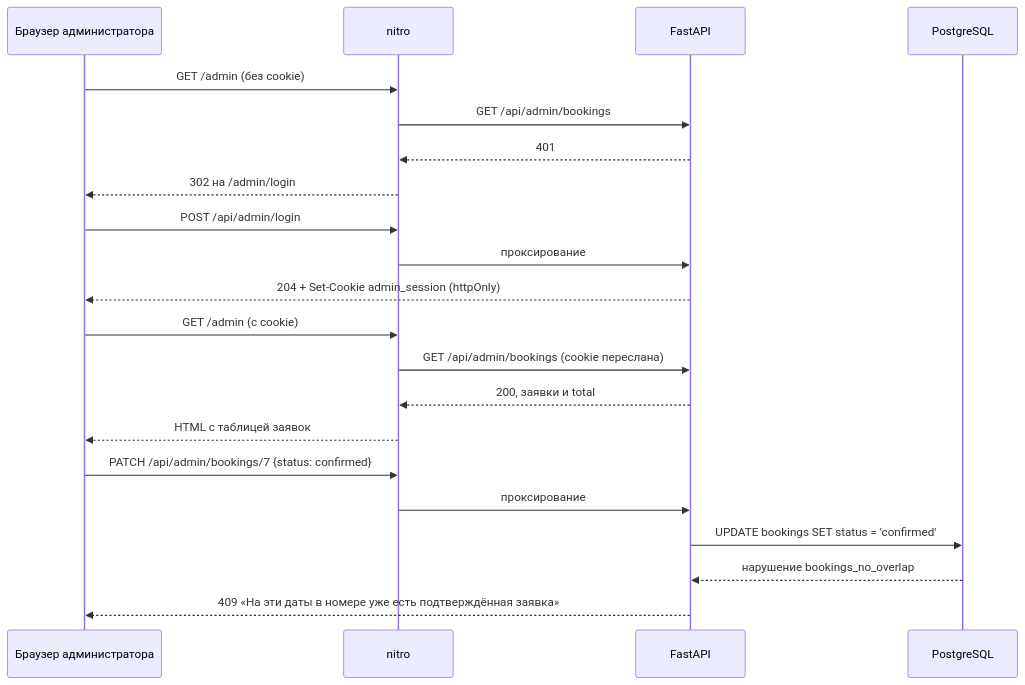
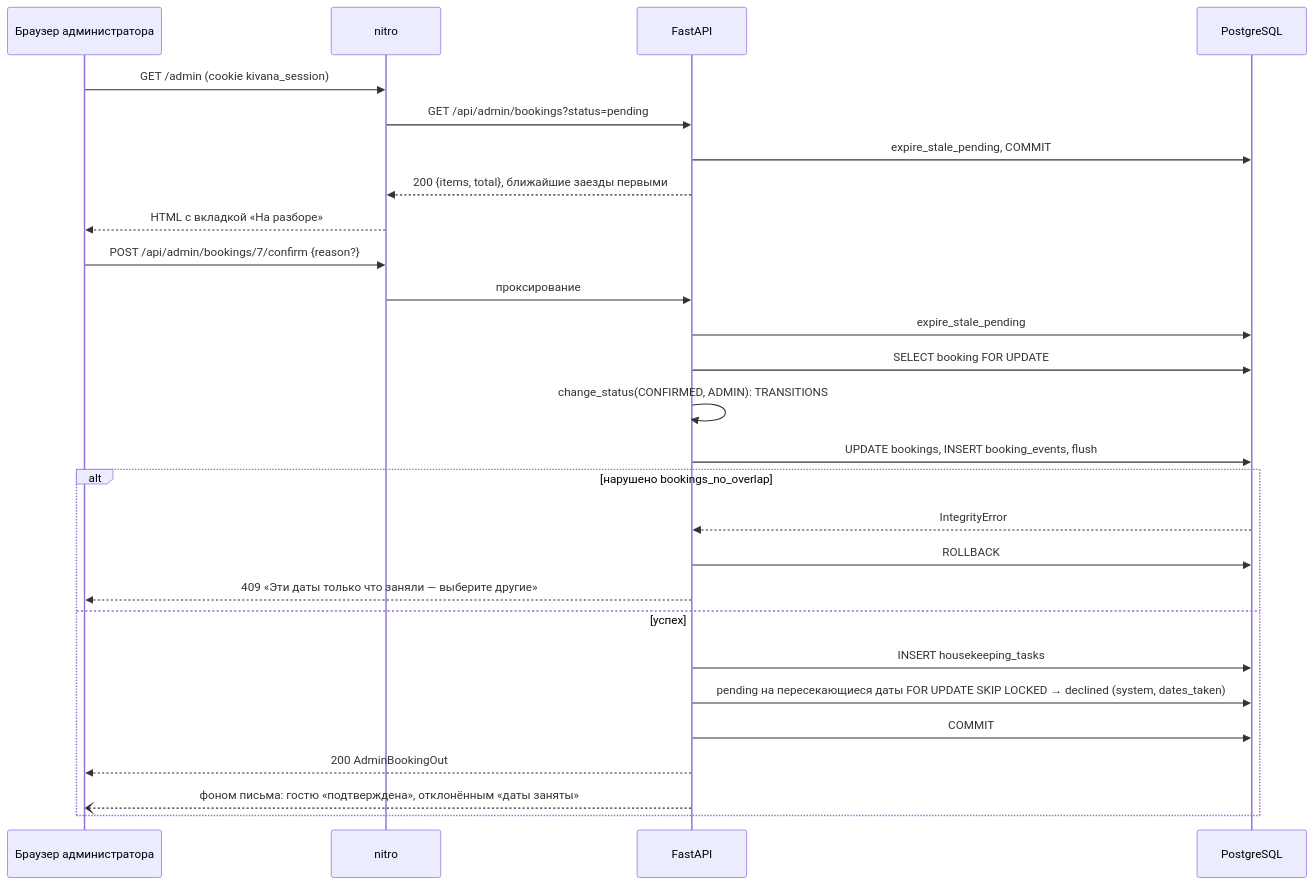
Before and after one commit to kirillrub108/web-hotel: the fifth of 8 diagrams in docs/03-runtime-flows.md, drawn with Mermaid. The commit also changed other lines of this file and 12 other files, not shown here.

````diff
--- a/docs/03-runtime-flows.md
+++ b/docs/03-runtime-flows.md
@@ -89,23 +158,29 @@
 ```mermaid
 sequenceDiagram
   participant U as Браузер администратора
   participant N as nitro
   participant A as FastAPI
   participant D as PostgreSQL
-  U->>N: GET /admin (без cookie)
-  N->>A: GET /api/admin/bookings
-  A-->>N: 401
-  N-->>U: 302 на /admin/login
-  U->>N: POST /api/admin/login
+  U->>N: GET /admin (cookie kivana_session)
+  N->>A: GET /api/admin/bookings?status=pending
+  A->>D: expire_stale_pending, COMMIT
+  A-->>N: 200 {items, total}, ближайшие заезды первыми
+  N-->>U: HTML с вкладкой «На разборе»
+  U->>N: POST /api/admin/bookings/7/confirm {reason?}
   N->>A: проксирование
-  A-->>U: 204 + Set-Cookie admin_session (httpOnly)
-  U->>N: GET /admin (с cookie)
-  N->>A: GET /api/admin/bookings (cookie переслана)
-  A-->>N: 200, заявки и total
-  N-->>U: HTML с таблицей заявок
-  U->>N: PATCH /api/admin/bookings/7 {status: confirmed}
-  N->>A: проксирование
-  A->>D: UPDATE bookings SET status = 'confirmed'
-  D-->>A: нарушение bookings_no_overlap
-  A-->>U: 409 «На эти даты в номере уже есть подтверждённая заявка»
+  A->>D: expire_stale_pending
+  A->>D: SELECT booking FOR UPDATE
+  A->>A: change_status(CONFIRMED, ADMIN): TRANSITIONS
+  A->>D: UPDATE bookings, INSERT booking_events, flush
+  alt нарушено bookings_no_overlap
+    D-->>A: IntegrityError
+    A->>D: ROLLBACK
+    A-->>U: 409 «Эти даты только что заняли — выберите другие»
+  else успех
+    A->>D: INSERT housekeeping_tasks
+    A->>D: pending на пересекающиеся даты FOR UPDATE SKIP LOCKED → declined (system, dates_taken)
+    A->>D: COMMIT
+    A-->>U: 200 AdminBookingOut
+    A--)U: фоном письма: гостю «подтверждена», отклонённым «даты заняты»
+  end
 ```
````
